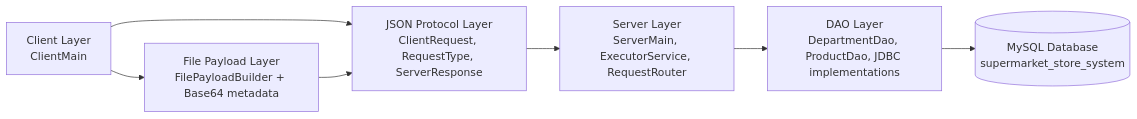
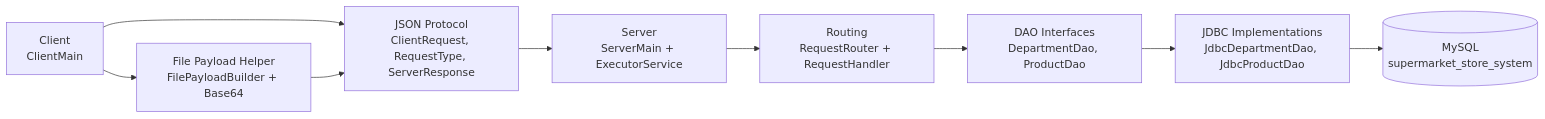
One commit to nikitsya/2025-26-L8-OOP-GCA2-SD2a changed the diagram in GCA2_README.md. Above: the diagram before and after it, drawn with Mermaid. The commit also changed other lines of this file, not shown here.

````diff
--- a/GCA2_README.md
+++ b/GCA2_README.md
@@ -142,16 +159,20 @@
 ```mermaid
 flowchart LR
-    C["Client Layer<br/>ClientMain"]
-    J["JSON Protocol Layer<br/>ClientRequest, RequestType, ServerResponse<T>"]
-    S["Server Layer<br/>ServerMain, ExecutorService, RequestRouter"]
-    F["File Payload Layer<br/>FilePayloadBuilder + Base64 metadata"]
-    D["DAO Layer<br/>DepartmentDao, ProductDao, JDBC implementations"]
-    DB[("MySQL Database<br/>supermarket_store_system")]
+    C["Client<br/>ClientMain"]
+    P["JSON Protocol<br/>ClientRequest, RequestType, ServerResponse<T>"]
+    S["Server<br/>ServerMain + ExecutorService"]
+    R["Routing<br/>RequestRouter + RequestHandler"]
+    F["File Payload Helper<br/>FilePayloadBuilder + Base64"]
+    D["DAO Interfaces<br/>DepartmentDao, ProductDao"]
+    J["JDBC Implementations<br/>JdbcDepartmentDao, JdbcProductDao"]
+    DB[("MySQL<br/>supermarket_store_system")]
 
-    C --> J
-    J --> S
+    C --> P
     C --> F
-    F --> J
-    S --> D
-    D --> DB
+    F --> P
+    P --> S
+    S --> R
+    R --> D
+    D --> J
+    J --> DB
 ```
````
